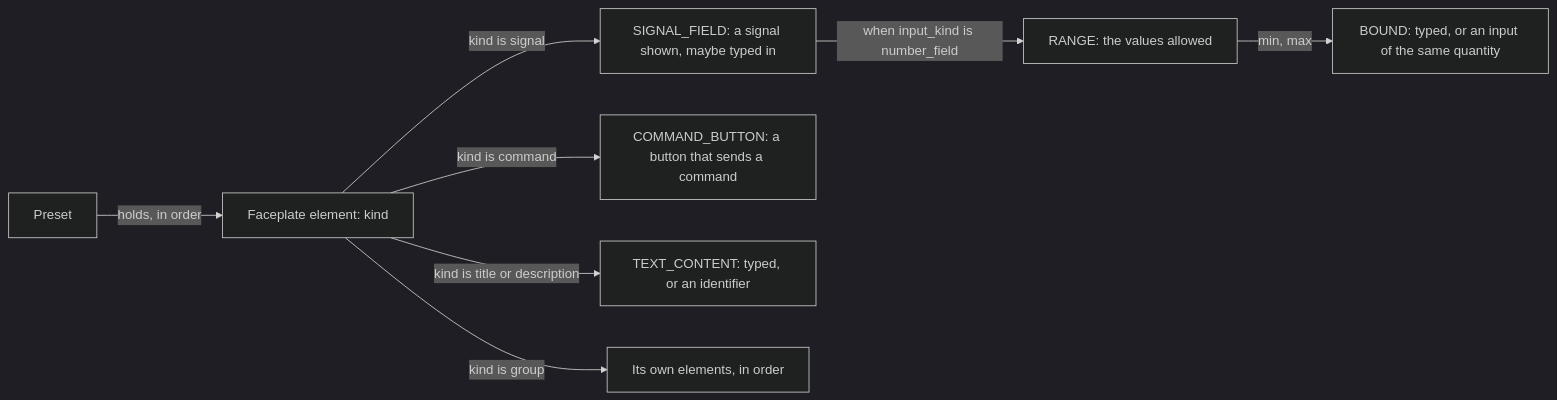
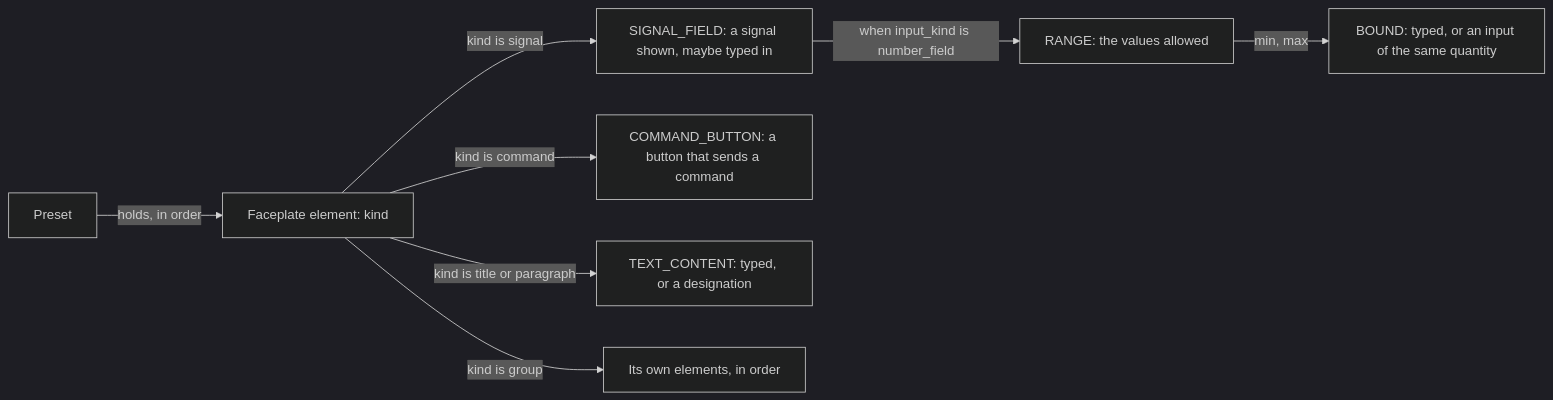
One commit to AlexandreGallais/synoptic-studio-spec changed the diagram in metadata/data-model-notes.md. Above: the diagram before and after it, drawn with Mermaid (dark theme). The commit also changed other lines of this file and 8 other files, not shown here.

````diff
--- a/metadata/data-model-notes.md
+++ b/metadata/data-model-notes.md
@@ -72,10 +73,10 @@
 ```mermaid
 flowchart LR
     P["Preset"] -->|"holds, in order"| E["Faceplate element: kind"]
     E -->|"kind is signal"| SF["SIGNAL_FIELD: a signal shown, maybe typed in"]
     E -->|"kind is command"| CB["COMMAND_BUTTON: a button that sends a command"]
-    E -->|"kind is title or description"| TC["TEXT_CONTENT: typed, or an identifier"]
+    E -->|"kind is title or paragraph"| TC["TEXT_CONTENT: typed, or a designation"]
     E -->|"kind is group"| G["Its own elements, in order"]
     SF -->|"when input_kind is number_field"| R["RANGE: the values allowed"]
     R -->|"min, max"| B["BOUND: typed, or an input of the same quantity"]
 ```
````
